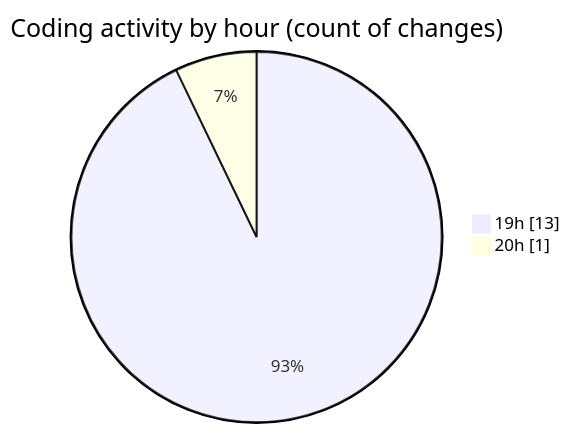
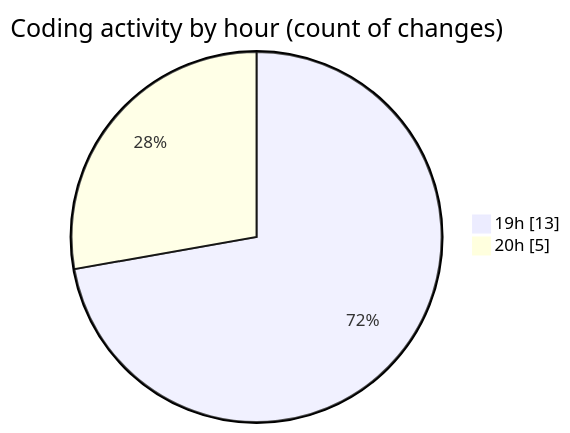
One commit to momahboobian/code-tracking changed the second of 2 diagrams in 2025-11-09/movies/README.md. Above: the diagram before and after it, drawn with Mermaid. The commit also changed other lines of this file and 1 other file, not shown here.

````diff
--- a/2025-11-09/movies/README.md
+++ b/2025-11-09/movies/README.md
@@ -34,6 +34,6 @@
 ```mermaid
 pie showData
 title Coding activity by hour (count of changes)
 "19h" : 13
-"20h" : 1
+"20h" : 5
 ```
````
